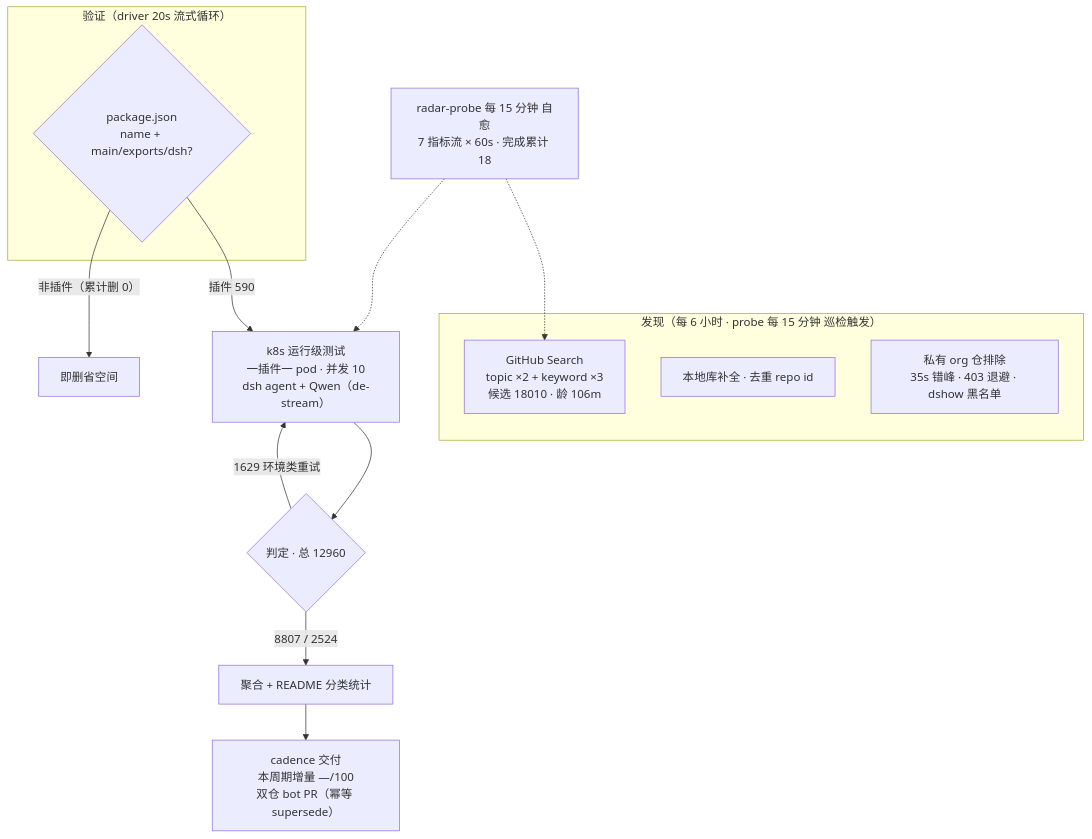
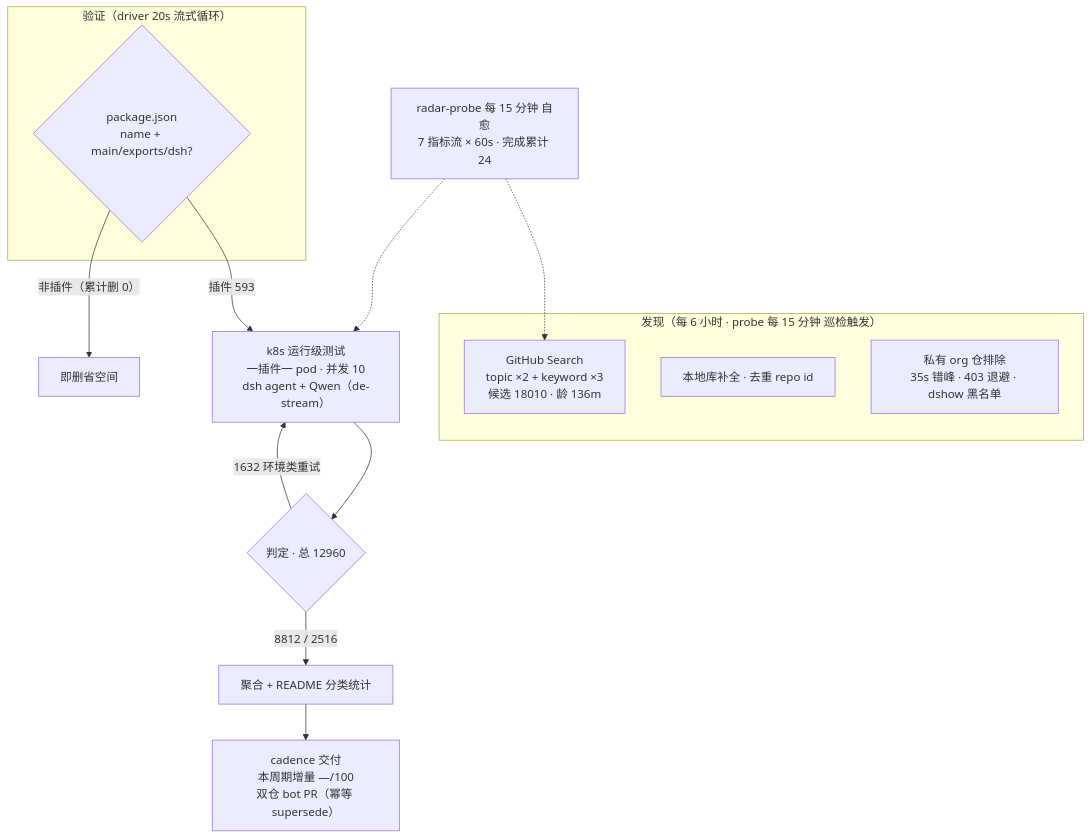
Before and after one commit to AdamPlatin123/awesome-dsh-plugins: the diagram in README.md, drawn with Mermaid. The commit also changed other lines of this file and 5 other files, not shown here.

````diff
--- a/README.md
+++ b/README.md
@@ -52,20 +52,20 @@
 ```mermaid
 flowchart TB
     subgraph Discovery["发现（每 6 小时 · probe 每 15 分钟 巡检触发）"]
-        A1["GitHub Search<br/>topic ×2 + keyword ×3<br/>候选 18010 · 龄 106m"]
+        A1["GitHub Search<br/>topic ×2 + keyword ×3<br/>候选 18010 · 龄 136m"]
         A2["本地库补全 · 去重 repo id"]
         A3["私有 org 仓排除<br/>35s 错峰 · 403 退避 · dshow 黑名单"]
     end
     subgraph Validation["验证（driver 20s 流式循环）"]
         B1{"package.json<br/>name + main/exports/dsh?"}
     end
-    B1 -->|"插件 590"| C1["k8s 运行级测试<br/>一插件一 pod · 并发 10<br/>dsh agent + Qwen（de-stream）"]
+    B1 -->|"插件 593"| C1["k8s 运行级测试<br/>一插件一 pod · 并发 10<br/>dsh agent + Qwen（de-stream）"]
     B1 -->|"非插件（累计删 0）"| B3["即删省空间"]
     C1 --> D1{"判定 · 总 12960"}
-    D1 -->|"8807 / 2524"| E1["聚合 + README 分类统计"]
-    D1 -->|"1629 环境类重试"| C1
+    D1 -->|"8812 / 2516"| E1["聚合 + README 分类统计"]
+    D1 -->|"1632 环境类重试"| C1
     E1 --> E2["cadence 交付<br/>本周期增量 —/100<br/>双仓 bot PR（幂等 supersede）"]
-    M["radar-probe 每 15 分钟 自愈<br/>7 指标流 × 60s · 完成累计 18"]
+    M["radar-probe 每 15 分钟 自愈<br/>7 指标流 × 60s · 完成累计 24"]
     M -.-> A1
     M -.-> C1
 ```
````
